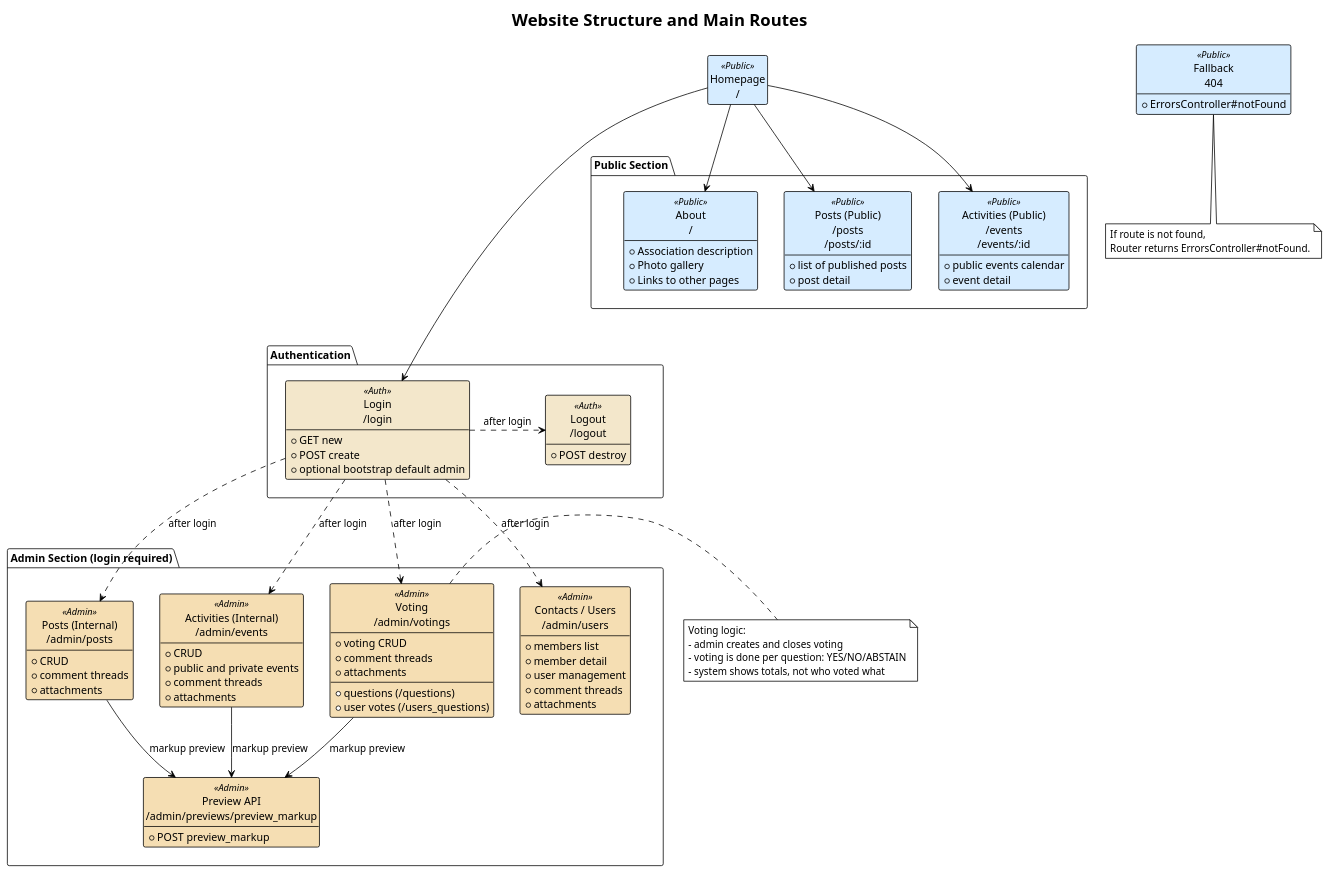
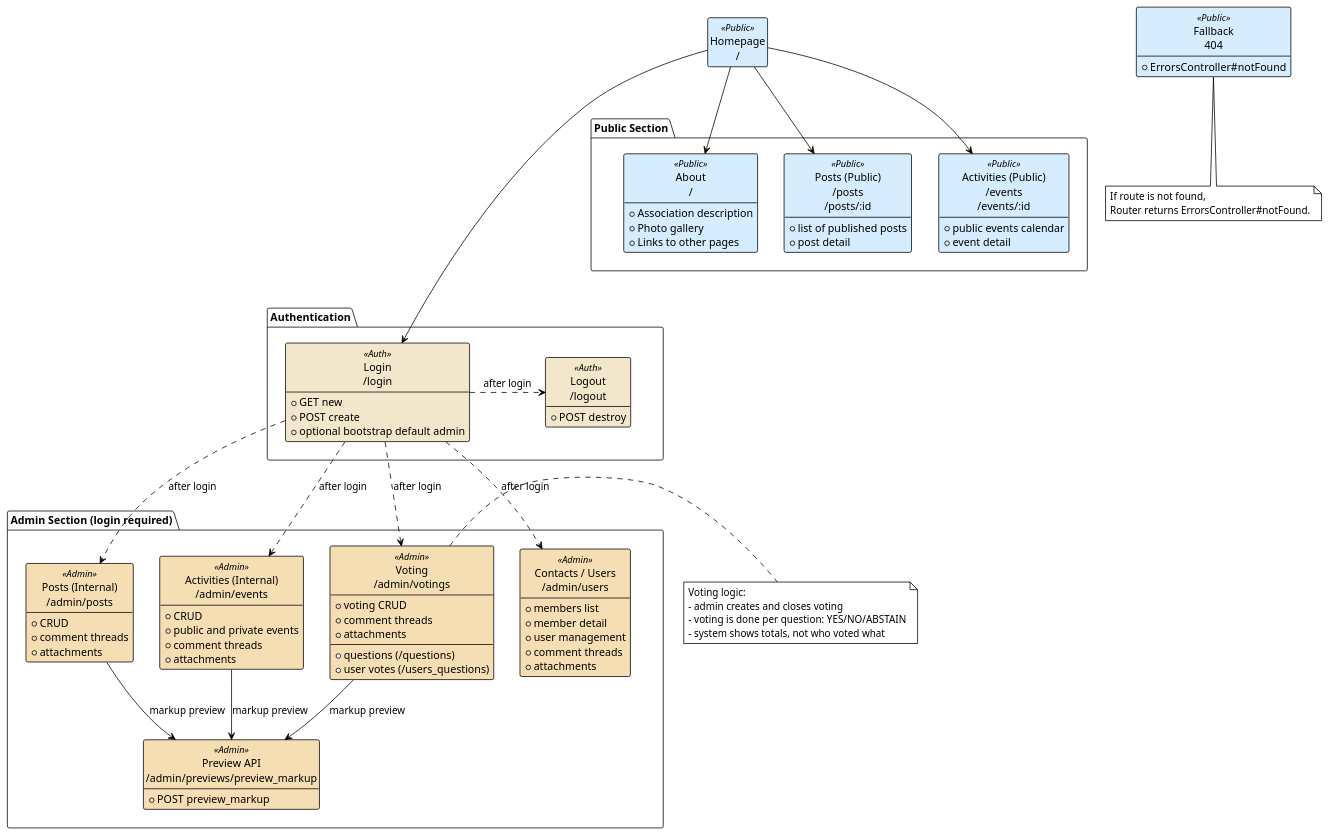
One commit to jacky32/slovjani changed the diagram in docs/diagrams/sitemap.plantuml. Above: the diagram before and after it, drawn with PlantUML. The commit also changed 1 other file, not shown here.

```diff
--- a/docs/diagrams/sitemap.plantuml
+++ b/docs/diagrams/sitemap.plantuml
@@ -1,115 +1,113 @@
 @startuml "Sitemap Diagram"
 !theme plain
 hide empty members
 hide circles
 
 skinparam class {
     BorderColor Black
     BackgroundColor<<Public>> #d6ecff
     BackgroundColor<<Auth>> #f3e7cb
     BackgroundColor<<Admin>> #f5deb3
 }
-
-title Website Structure and Main Routes
 
 class "Homepage\n/" as Home <<Public>>
 
 package "Public Section" as PublicSection {
     class "About\n/" as PublicHome <<Public>> {
         + Association description
         + Photo gallery
         + Links to other pages
     }
 
     class "Posts (Public)\n/posts\n/posts/:id" as PublicPosts <<Public>> {
         + list of published posts
         + post detail
     }
 
     class "Activities (Public)\n/events\n/events/:id" as PublicEvents <<Public>> {
         + public events calendar
         + event detail
     }
 }
 
 package "Authentication" as AuthSection {
     class "Login\n/login" as Login <<Auth>> {
         + GET new
         + POST create
         + optional bootstrap default admin
     }
 
     class "Logout\n/logout" as Logout <<Auth>> {
         + POST destroy
     }
 }
 
 package "Admin Section (login required)" as AdminSection {
     class "Posts (Internal)\n/admin/posts" as AdminPosts <<Admin>> {
         + CRUD
         + comment threads
         + attachments
     }
 
     class "Activities (Internal)\n/admin/events" as AdminEvents <<Admin>> {
         + CRUD
         + public and private events
         + comment threads
         + attachments
     }
 
     class "Voting\n/admin/votings" as AdminVotings <<Admin>> {
         + voting CRUD
         + questions (/questions)
         + user votes (/users_questions)
         + comment threads
         + attachments
     }
 
     class "Contacts / Users\n/admin/users" as AdminUsers <<Admin>> {
         + members list
         + member detail
         + user management
         + comment threads
         + attachments
     }
 
     class "Preview API\n/admin/previews/preview_markup" as AdminPreview <<Admin>> {
         + POST preview_markup
     }
 }
 
 class "Fallback\n404" as NotFound <<Public>> {
     + ErrorsController#notFound
 }
 
 PublicSection -[hidden]down-> AuthSection
 AuthSection -[hidden]down-> AdminSection
 
 Home --> PublicHome
 Home --> PublicPosts
 Home --> PublicEvents
 Home --> Login
 
 Login .> Logout : after login
 Login .> AdminPosts : after login
 Login .> AdminEvents : after login
 Login .> AdminVotings : after login
 Login .> AdminUsers : after login
 AdminPosts --> AdminPreview : markup preview
 AdminEvents --> AdminPreview : markup preview
 AdminVotings --> AdminPreview : markup preview
 
 note right of AdminVotings
     Voting logic:
     - admin creates and closes voting
     - voting is done per question: YES/NO/ABSTAIN
     - system shows totals, not who voted what
 end note
 
 note bottom of NotFound
     If route is not found,
     Router returns ErrorsController#notFound.
 end note
 
 @enduml
```
